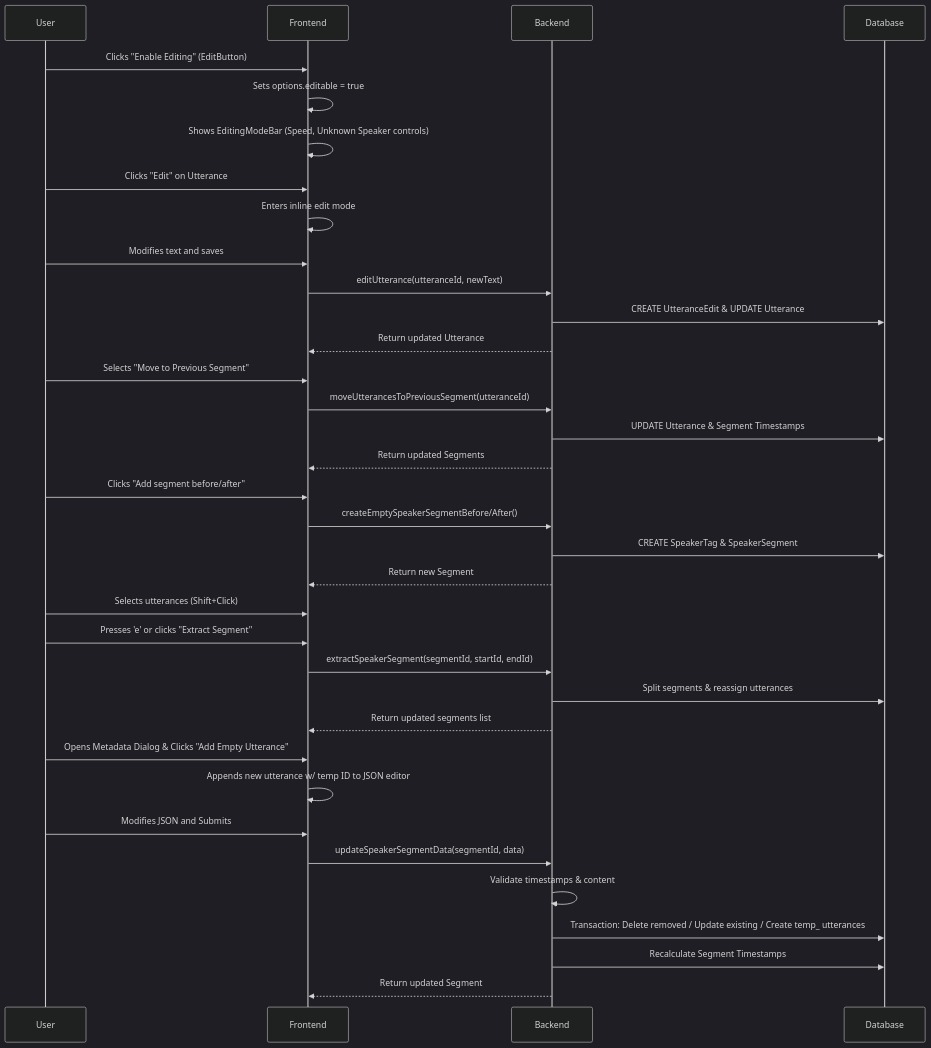
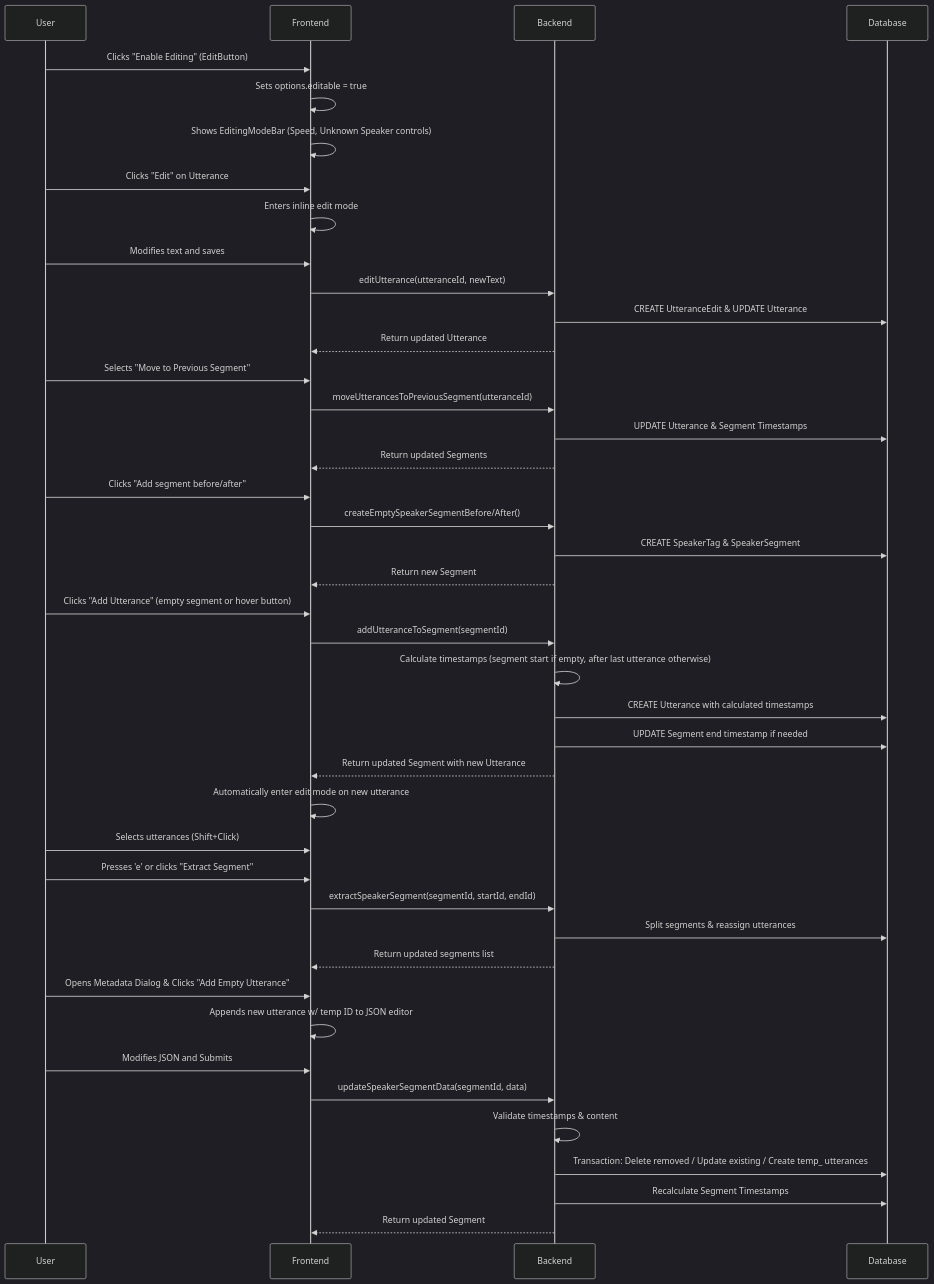
The diagram in docs/guides/editing-interface.md (schemalabz/opencouncil), drawn with Mermaid (dark theme) before and after one commit. The commit also changed other lines of this file and 8 other files, not shown here.

````diff
--- a/docs/guides/editing-interface.md
+++ b/docs/guides/editing-interface.md
@@ -75,49 +84,58 @@
 ```mermaid
 sequenceDiagram
     participant User
     participant Frontend
     participant Backend
     participant Database
 
     %% Mode Activation
     User->>Frontend: Clicks "Enable Editing" (EditButton)
     Frontend->>Frontend: Sets options.editable = true
     Frontend->>Frontend: Shows EditingModeBar (Speed, Unknown Speaker controls)
 
     %% Text Editing Flow
     User->>Frontend: Clicks "Edit" on Utterance
     Frontend->>Frontend: Enters inline edit mode
     User->>Frontend: Modifies text and saves
     Frontend->>Backend: editUtterance(utteranceId, newText)
     Backend->>Database: CREATE UtteranceEdit & UPDATE Utterance
     Backend-->>Frontend: Return updated Utterance
 
     %% Structural Editing Flow
     User->>Frontend: Selects "Move to Previous Segment"
     Frontend->>Backend: moveUtterancesToPreviousSegment(utteranceId)
     Backend->>Database: UPDATE Utterance & Segment Timestamps
     Backend-->>Frontend: Return updated Segments
 
     %% Segment Creation Flow
     User->>Frontend: Clicks "Add segment before/after"
     Frontend->>Backend: createEmptySpeakerSegmentBefore/After()
     Backend->>Database: CREATE SpeakerTag & SpeakerSegment
     Backend-->>Frontend: Return new Segment
 
+    %% Add Utterance to Segment Flow
+    User->>Frontend: Clicks "Add Utterance" (empty segment or hover button)
+    Frontend->>Backend: addUtteranceToSegment(segmentId)
+    Backend->>Backend: Calculate timestamps (segment start if empty, after last utterance otherwise)
+    Backend->>Database: CREATE Utterance with calculated timestamps
+    Backend->>Database: UPDATE Segment end timestamp if needed
+    Backend-->>Frontend: Return updated Segment with new Utterance
+    Frontend->>Frontend: Automatically enter edit mode on new utterance
+
     %% Extraction Flow
     User->>Frontend: Selects utterances (Shift+Click)
     User->>Frontend: Presses 'e' or clicks "Extract Segment"
     Frontend->>Backend: extractSpeakerSegment(segmentId, startId, endId)
     Backend->>Database: Split segments & reassign utterances
     Backend-->>Frontend: Return updated segments list
 
     %% Advanced Segment Editing
     User->>Frontend: Opens Metadata Dialog & Clicks "Add Empty Utterance"
     Frontend->>Frontend: Appends new utterance w/ temp ID to JSON editor
     User->>Frontend: Modifies JSON and Submits
     Frontend->>Backend: updateSpeakerSegmentData(segmentId, data)
     Backend->>Backend: Validate timestamps & content
     Backend->>Database: Transaction: Delete removed / Update existing / Create temp_ utterances
     Backend->>Database: Recalculate Segment Timestamps
     Backend-->>Frontend: Return updated Segment
 ```
````
